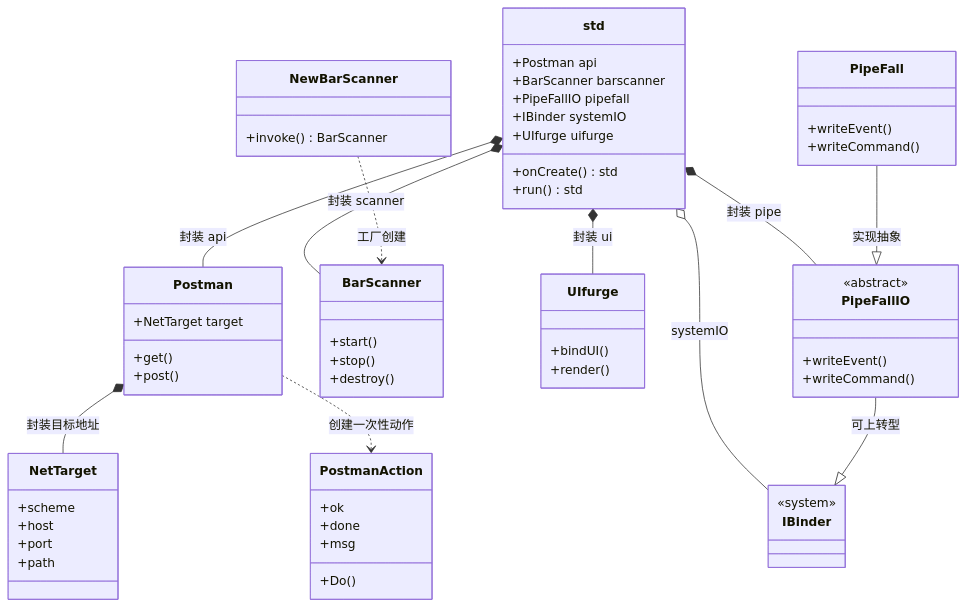
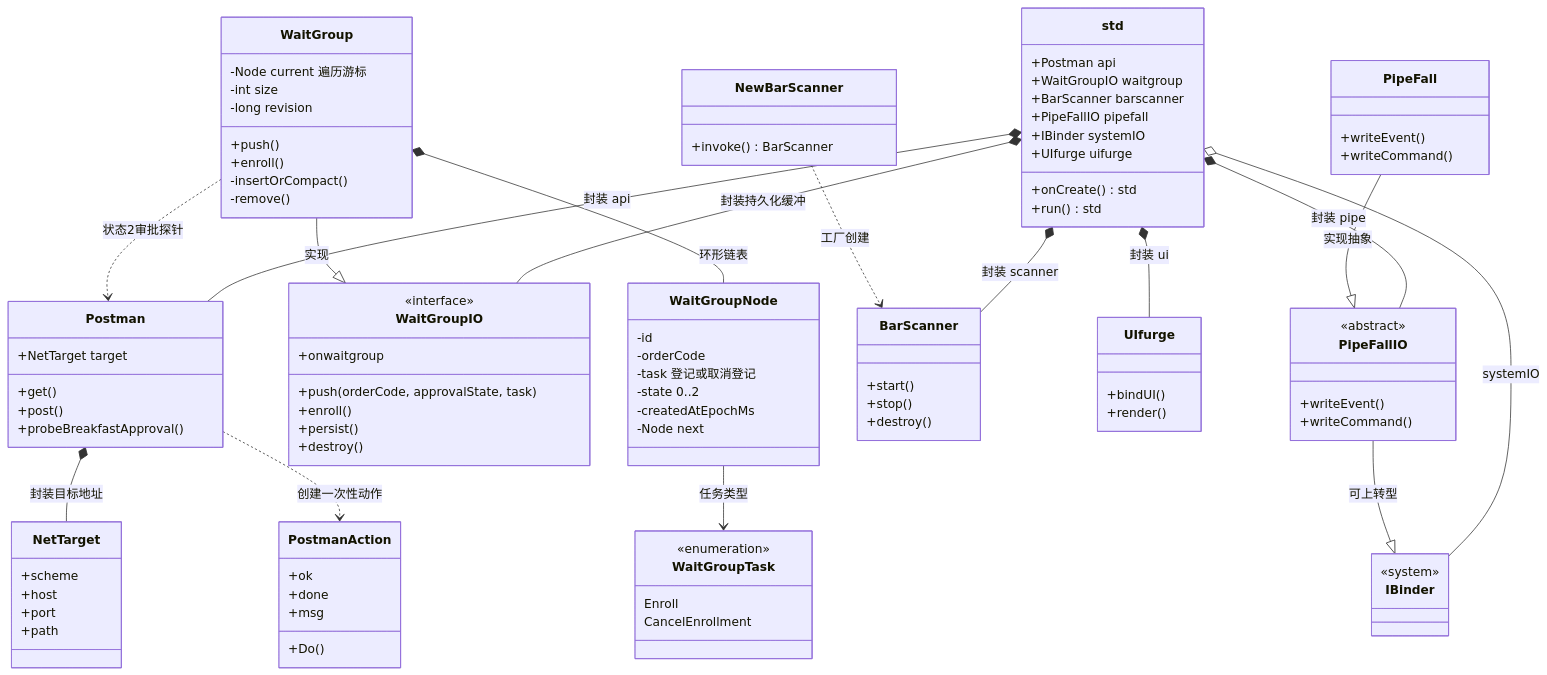
The diagram in core_oop.mmd (aesxu2345/pdhbar), drawn with Mermaid before and after one commit. The commit also changed 7 other files, not shown here.

Commit message:
Add persistent breakfast approval queue

```diff
--- a/core_oop.mmd
+++ b/core_oop.mmd
@@ -1,76 +1,117 @@
 classDiagram
     direction TB
 
     class std {
         +Postman api
+        +WaitGroupIO waitgroup
         +BarScanner barscanner
         +PipeFallIO pipefall
         +IBinder systemIO
         +UIfurge uifurge
         +onCreate() std
         +run() std
     }
 
     class Postman {
         +NetTarget target
         +get()
         +post()
+        +probeBreakfastApproval()
+    }
+
+    class WaitGroupIO {
+        <<interface>>
+        +onwaitgroup
+        +push(orderCode, approvalState, task)
+        +enroll()
+        +persist()
+        +destroy()
+    }
+
+    class WaitGroup {
+        -Node current 遍历游标
+        -int size
+        -long revision
+        +push()
+        +enroll()
+        -insertOrCompact()
+        -remove()
+    }
+
+    class WaitGroupNode {
+        -id
+        -orderCode
+        -task 登记或取消登记
+        -state 0..2
+        -createdAtEpochMs
+        -Node next
+    }
+
+    class WaitGroupTask {
+        <<enumeration>>
+        Enroll
+        CancelEnrollment
     }
 
     class NetTarget {
         +scheme
         +host
         +port
         +path
     }
 
     class PostmanAction {
         +ok
         +done
         +msg
         +Do()
     }
 
     class BarScanner {
         +start()
         +stop()
         +destroy()
     }
 
     class NewBarScanner {
         +invoke() BarScanner
     }
 
     class UIfurge {
         +bindUI()
         +render()
     }
 
     class PipeFallIO {
         <<abstract>>
         +writeEvent()
         +writeCommand()
     }
 
     class PipeFall {
         +writeEvent()
         +writeCommand()
     }
 
     class IBinder {
         <<system>>
     }
 
     std *-- Postman : 封装 api
+    std *-- WaitGroupIO : 封装持久化缓冲
     std *-- BarScanner : 封装 scanner
     std *-- UIfurge : 封装 ui
     std *-- PipeFallIO : 封装 pipe
     std o-- IBinder : systemIO
 
     Postman *-- NetTarget : 封装目标地址
     Postman ..> PostmanAction : 创建一次性动作
+    WaitGroup --|> WaitGroupIO : 实现
+    WaitGroup *-- WaitGroupNode : 环形链表
+    WaitGroupNode --> WaitGroupTask : 任务类型
+    WaitGroup ..> Postman : 状态2审批探针
 
     NewBarScanner ..> BarScanner : 工厂创建
 
     PipeFall --|> PipeFallIO : 实现抽象
     PipeFallIO --|> IBinder : 可上转型
```
